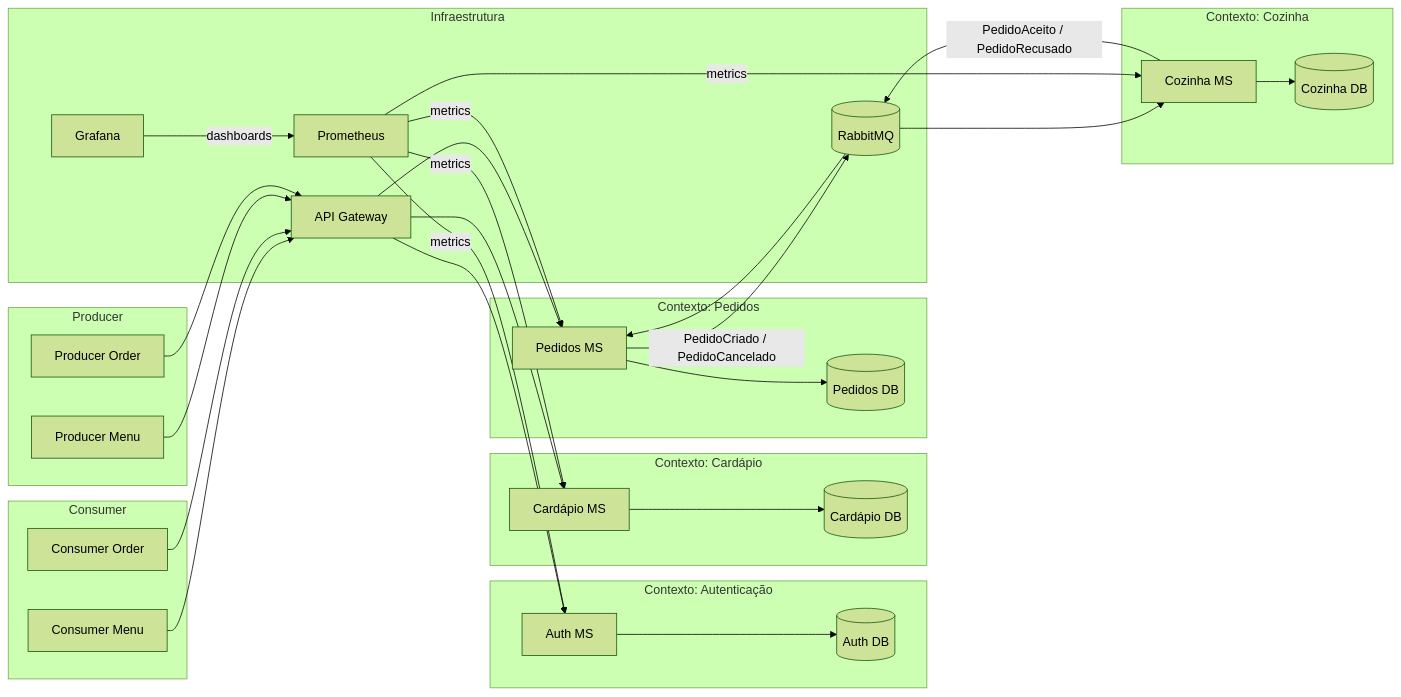
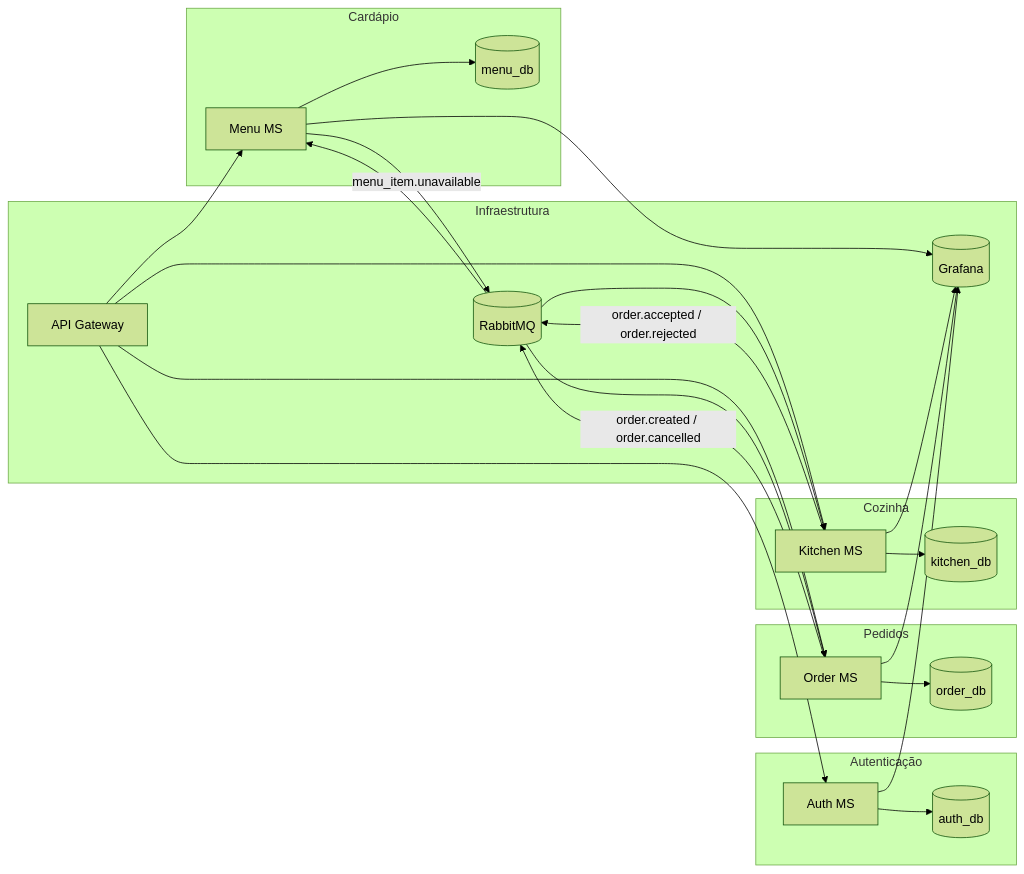
The diagram in README.md (matmiranda/hackaton), drawn with Mermaid (forest theme) before and after one commit.

````diff
--- a/README.md
+++ b/README.md
@@ -178,67 +178,55 @@
 ```mermaid
 flowchart LR
-  subgraph "Contexto: Autenticação"
-    AuthMS["Auth MS"]
-    AuthDB[(Auth DB)]
+  %% Contextos / Databases
+  subgraph Autenticação
+    AuthMS[Auth MS]
+    AuthDB[(auth_db)]
   end
 
-  subgraph "Contexto: Cardápio"
-    CardMS["Cardápio MS"]
-    CardDB[(Cardápio DB)]
+  subgraph Cardápio
+    CardMS[Menu MS]
+    CardDB[(menu_db)]
   end
 
-  subgraph "Contexto: Pedidos"
-    PedMS["Pedidos MS"]
-    PedDB[(Pedidos DB)]
+  subgraph Pedidos
+    OrderMS[Order MS]
+    OrderDB[(order_db)]
   end
 
-  subgraph "Contexto: Cozinha"
-    KitchenMS["Cozinha MS"]
-    KitchenDB[(Cozinha DB)]
+  subgraph Cozinha
+    KitchenMS[Kitchen MS]
+    KitchenDB[(kitchen_db)]
   end
 
-  subgraph "Consumer"
-    ConsumerMenu["Consumer Menu"]
-    ConsumerOrder["Consumer Order"]
+  %% Infraestrutura
+  subgraph Infraestrutura
+    API[API Gateway]
+    MQ[(RabbitMQ)]
+    Grafana[(Grafana)]
   end
 
-  subgraph "Producer"
-    ProducerMenu["Producer Menu"]
-    ProducerOrder["Producer Order"]
-  end
-
-  subgraph "Infraestrutura"
-    API["API Gateway"]
-    MQ[(RabbitMQ)]
-    Prometheus
-    Grafana
-  end
-
-  %% Fluxo de requisições
-  ConsumerMenu --> API
-  ConsumerOrder --> API
-  ProducerMenu --> API
-  ProducerOrder --> API
+  %% Fluxos REST
   API --> AuthMS
   API --> CardMS
-  API --> PedMS
+  API --> OrderMS
+  API --> KitchenMS
 
-  %% Event Bus
-  PedMS -->|PedidoCriado / PedidoCancelado| MQ
+  %% Publicação de eventos (Producer)
+  CardMS -->|menu_item.unavailable| MQ
+  OrderMS -->|order.created / order.cancelled| MQ
+  KitchenMS -->|order.accepted / order.rejected| MQ
+
+  %% Consumo de eventos (Consumer)
+  MQ --> CardMS
   MQ --> KitchenMS
-  KitchenMS -->|PedidoAceito / PedidoRecusado| MQ
-  MQ --> PedMS
+  MQ --> OrderMS
 
   %% Persistência
   AuthMS --> AuthDB
   CardMS --> CardDB
-  PedMS --> PedDB
+  OrderMS --> OrderDB
   KitchenMS --> KitchenDB
 
   %% Observabilidade
-  Prometheus -->|metrics| AuthMS & CardMS & PedMS & KitchenMS
-  Grafana -->|dashboards| Prometheus
-
-
-
+  AuthMS & CardMS & OrderMS & KitchenMS --> Grafana
 ```
````
